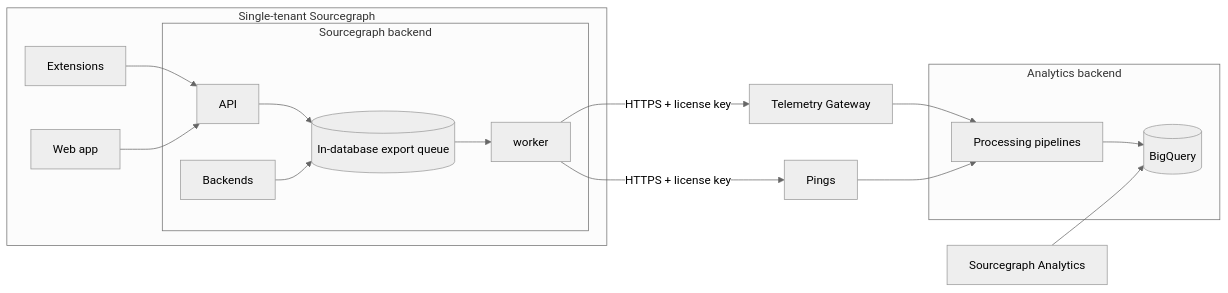
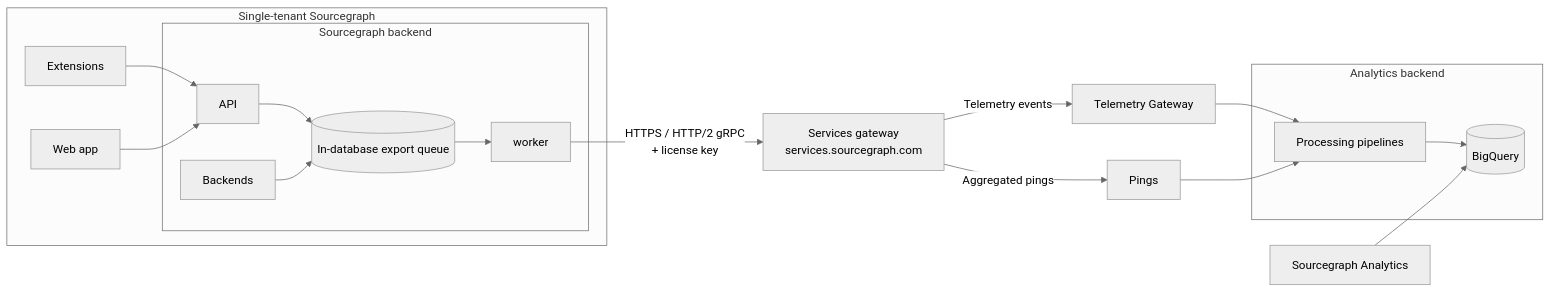
Before and after one commit to sourcegraph/docs: the fourth of 8 diagrams in docs/admin/architecture.mdx, drawn with Mermaid (neutral theme). The commit also changed other lines of this file, not shown here.

First line of the commit message:
docs: clarify services gateway architecture (#2104)

````diff
--- a/docs/admin/architecture.mdx
+++ b/docs/admin/architecture.mdx
@@ -309,27 +323,29 @@
 ```mermaid
 flowchart LR
     subgraph "Single-tenant Sourcegraph"
         ext[Extensions] --> api
         web[Web app] --> api
 
         subgraph sg["Sourcegraph backend"]
             api[API] --> db[("In-database export queue")]
             svc[Backends] --> db
             db --> worker
         end
     end
 
-    worker -- "HTTPS + license key" --> pings[Pings]
-    worker -- "HTTPS + license key" --> tg[Telemetry Gateway]
+    worker -- "HTTPS / HTTP/2 gRPC<br/>+ license key" --> gateway["Services gateway<br/>services.sourcegraph.com"]
+    click gateway "#connections-to-sourcegraph-managed-services"
+    gateway -- "Aggregated pings" --> pings[Pings]
+    gateway -- "Telemetry events" --> tg[Telemetry Gateway]
 
     tg --> pipelines
     pings --> pipelines
     subgraph datalake["Analytics backend"]
         pipelines[Processing pipelines]
         pipelines --> bq[(BigQuery)]
     end
 
     analytics[Sourcegraph Analytics]
     analytics --> bq
     click analytics "https://analytics.sourcegraph.com"
 ```
````
